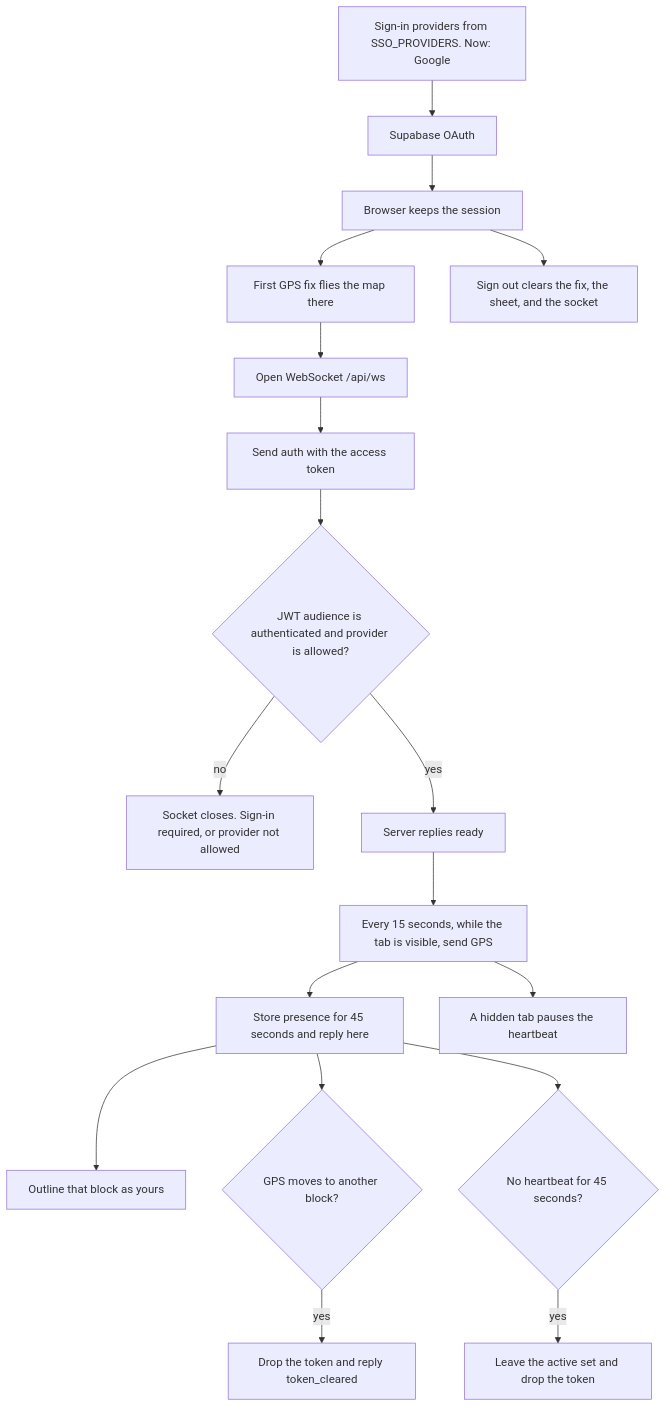
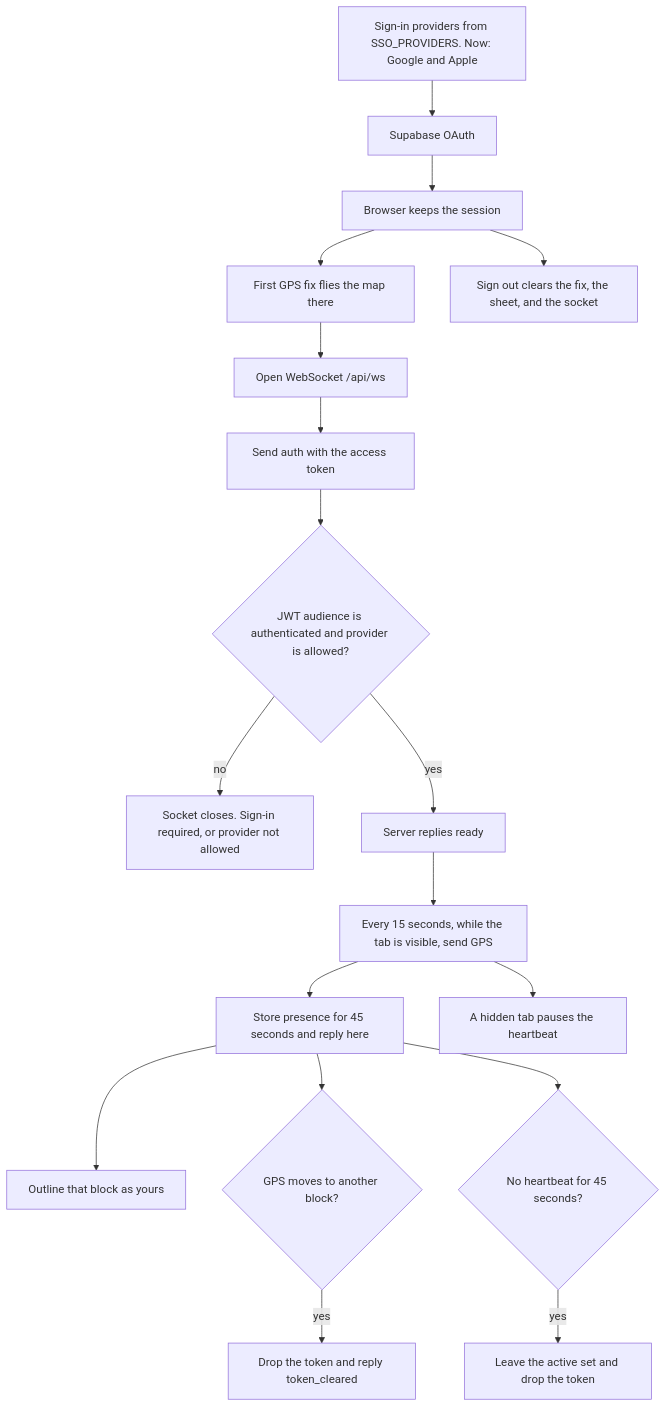
The third of 5 diagrams in README.md (iravan/dao-ci-yi-you), drawn with Mermaid before and after one commit. The commit also changed 4 other files, not shown here.

Commit message:
Enable Apple sign-in alongside Google.

````diff
--- a/README.md
+++ b/README.md
@@ -86,20 +86,20 @@
 ```mermaid
 flowchart TD
-  Providers["Sign-in providers from SSO_PROVIDERS. Now: Google"] --> OAuth[Supabase OAuth]
+  Providers["Sign-in providers from SSO_PROVIDERS. Now: Google and Apple"] --> OAuth[Supabase OAuth]
   OAuth --> Session[Browser keeps the session]
   Session --> Fly[First GPS fix flies the map there]
   Fly --> Socket[Open WebSocket /api/ws]
   Socket --> AuthMsg["Send auth with the access token"]
   AuthMsg --> Check{JWT audience is authenticated and provider is allowed?}
   Check -->|no| Reject[Socket closes. Sign-in required, or provider not allowed]
   Check -->|yes| Ready[Server replies ready]
   Ready --> Beat[Every 15 seconds, while the tab is visible, send GPS]
   Beat --> Presence["Store presence for 45 seconds and reply here"]
   Presence --> Outline[Outline that block as yours]
   Beat --> Hidden[A hidden tab pauses the heartbeat]
   Presence --> Drift{GPS moves to another block?}
   Drift -->|yes| ClearHeld[Drop the token and reply token_cleared]
   Presence --> Stale{No heartbeat for 45 seconds?}
   Stale -->|yes| Drop[Leave the active set and drop the token]
   Session --> Out[Sign out clears the fix, the sheet, and the socket]
 ```
````
